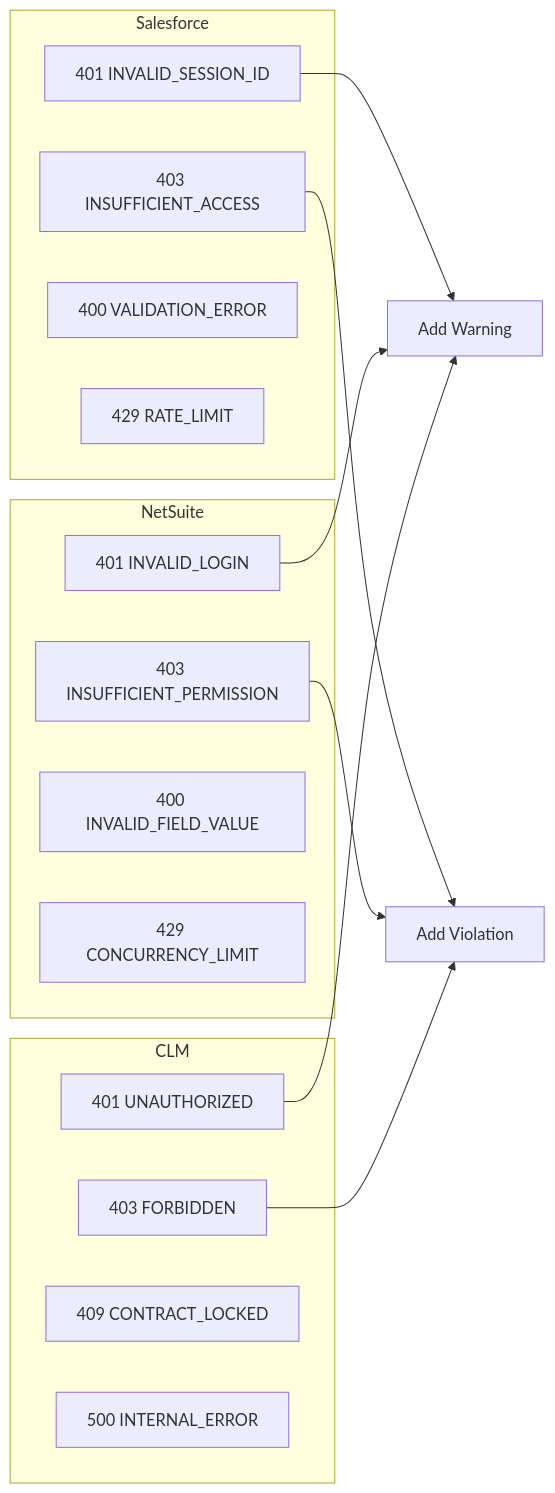
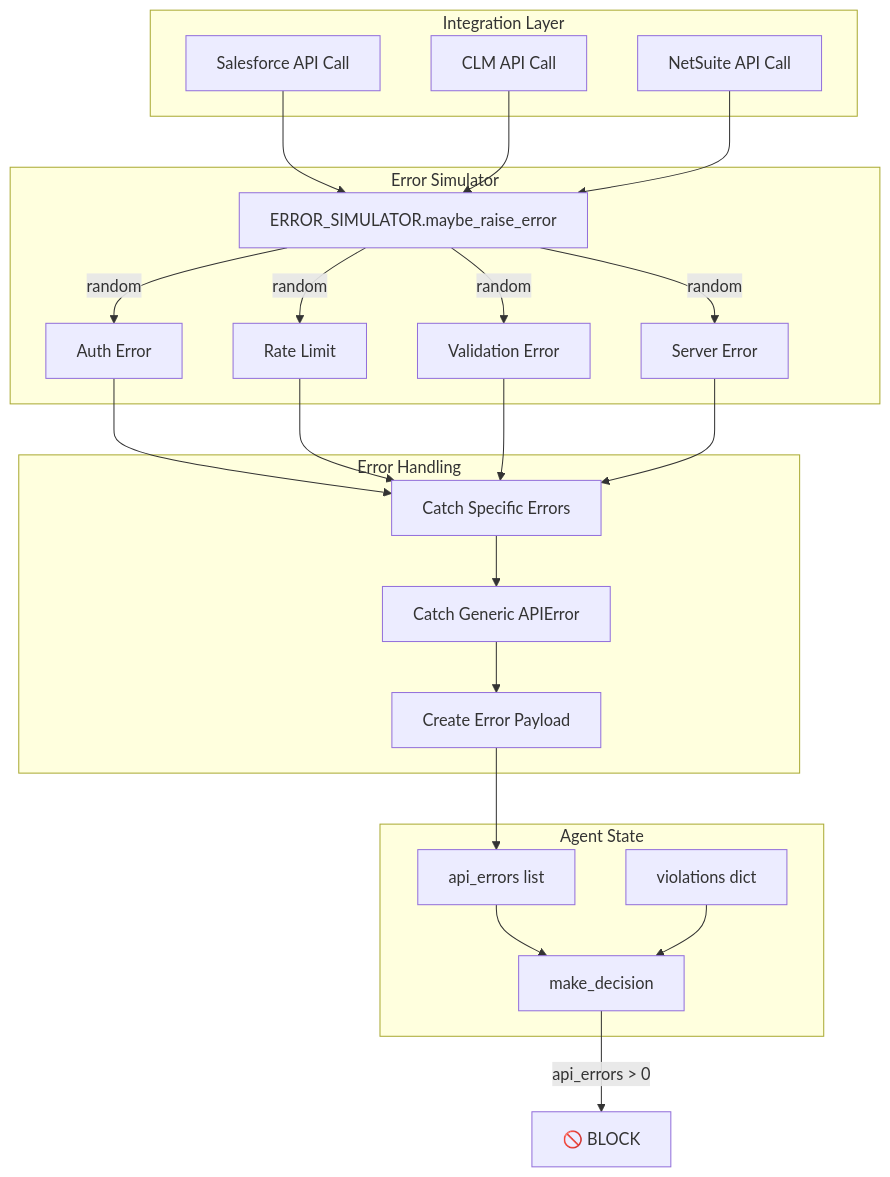
One commit to alyab16/Enterprise-Agents-Solutions-Case-Study changed the third of 3 diagrams in README.md. Above: the diagram before and after it, drawn with Mermaid. The commit also changed other lines of this file and 5 other files, not shown here.

````diff
--- a/README.md
+++ b/README.md
@@ -255,30 +233,50 @@
 ```mermaid
-flowchart LR
-    subgraph Salesforce
-        SF401[401 INVALID_SESSION_ID]
-        SF403[403 INSUFFICIENT_ACCESS]
-        SF400[400 VALIDATION_ERROR]
-        SF429[429 RATE_LIMIT]
+flowchart TD
+    subgraph Integration["Integration Layer"]
+        SF_CALL[Salesforce API Call]
+        CLM_CALL[CLM API Call]
+        NS_CALL[NetSuite API Call]
     end
     
-    subgraph NetSuite
-        NS401[401 INVALID_LOGIN]
-        NS403[403 INSUFFICIENT_PERMISSION]
-        NS400[400 INVALID_FIELD_VALUE]
-        NS429[429 CONCURRENCY_LIMIT]
+    subgraph ErrorSim["Error Simulator"]
+        SIM[ERROR_SIMULATOR.maybe_raise_error]
+        AUTH[Auth Error]
+        RATE[Rate Limit]
+        VAL[Validation Error]
+        SRV[Server Error]
     end
     
-    subgraph CLM
-        CLM401[401 UNAUTHORIZED]
-        CLM403[403 FORBIDDEN]
-        CLM409[409 CONTRACT_LOCKED]
-        CLM500[500 INTERNAL_ERROR]
+    subgraph Catching["Error Handling"]
+        CATCH_SPECIFIC[Catch Specific Errors]
+        CATCH_API[Catch Generic APIError]
+        PAYLOAD[Create Error Payload]
     end
     
-    SF401 --> WARN[Add Warning]
-    SF403 --> VIOL[Add Violation]
-    NS401 --> WARN
-    NS403 --> VIOL
-    CLM401 --> WARN
-    CLM403 --> VIOL
+    subgraph State["Agent State"]
+        API_ERRORS[api_errors list]
+        VIOLATIONS[violations dict]
+        DECISION[make_decision]
+    end
+    
+    SF_CALL --> SIM
+    CLM_CALL --> SIM
+    NS_CALL --> SIM
+    
+    SIM -->|random| AUTH
+    SIM -->|random| RATE
+    SIM -->|random| VAL
+    SIM -->|random| SRV
+    
+    AUTH --> CATCH_SPECIFIC
+    RATE --> CATCH_SPECIFIC
+    VAL --> CATCH_SPECIFIC
+    SRV --> CATCH_SPECIFIC
+    CATCH_SPECIFIC --> CATCH_API
+    CATCH_API --> PAYLOAD
+    
+    PAYLOAD --> API_ERRORS
+    API_ERRORS --> DECISION
+    VIOLATIONS --> DECISION
+    
+    DECISION -->|api_errors > 0| BLOCK[🚫 BLOCK]
 ```
````
